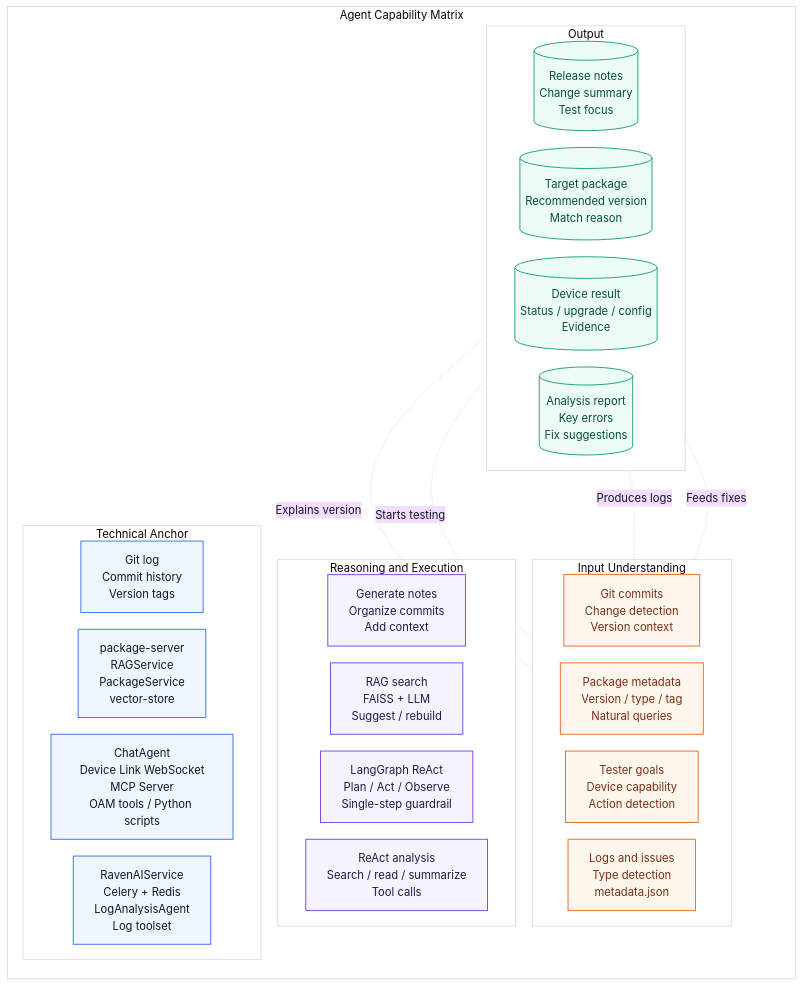
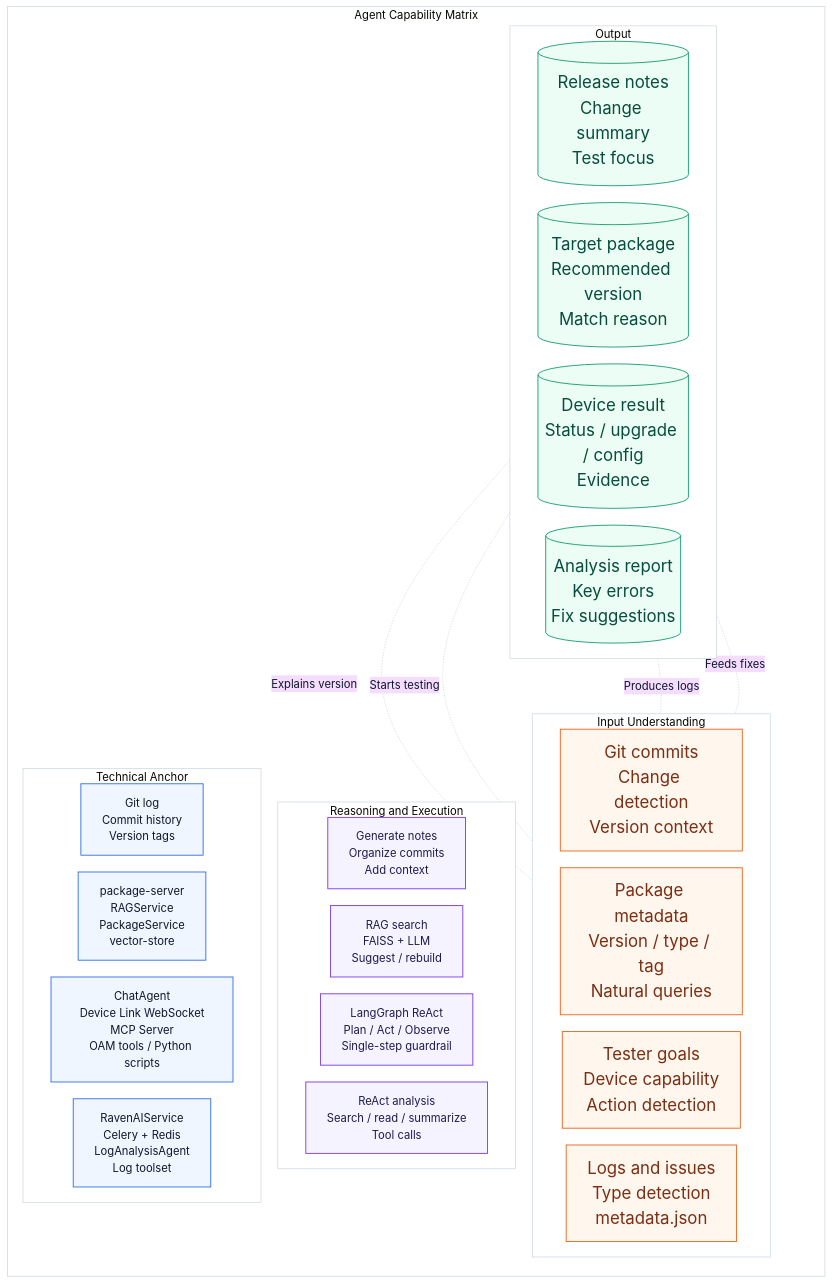
The fourth of 4 diagrams in README.md (visiontrail/RavenAI), drawn with Mermaid before and after one commit. The commit also changed 1 other file, not shown here.

Commit message:
chore: update font sizes in README files for improved readability

````diff
--- a/README.md
+++ b/README.md
@@ -148,61 +148,70 @@
 ```mermaid
 %% Suggested export canvas: 1200x900 or 1600x1200, 4:3
 %% Topic: RavenAI agent capabilities
 %%{init: {"theme": "base", "flowchart": {"htmlLabels": true, "nodeSpacing": 24, "rankSpacing": 30, "curve": "basis"}, "themeVariables": {"fontFamily": "Arial, Microsoft YaHei", "primaryTextColor": "#0F172A", "lineColor": "#CBD5E1", "clusterBkg": "#FFFFFF", "clusterBorder": "#CBD5E1"}}}%%
 
 flowchart TB
 
 subgraph M["Agent Capability Matrix"]
 direction TB
 
   subgraph R1["Input Understanding"]
   direction LR
     A1["Git commits<br/>Change detection<br/>Version context"]
     A2["Package metadata<br/>Version / type / tag<br/>Natural queries"]
     A3["Tester goals<br/>Device capability<br/>Action detection"]
     A4["Logs and issues<br/>Type detection<br/>metadata.json"]
   end
 
   subgraph R2["Reasoning and Execution"]
   direction LR
     B1["Generate notes<br/>Organize commits<br/>Add context"]
     B2["RAG search<br/>FAISS + LLM<br/>Suggest / rebuild"]
     B3["LangGraph ReAct<br/>Plan / Act / Observe<br/>Single-step guardrail"]
     B4["ReAct analysis<br/>Search / read / summarize<br/>Tool calls"]
   end
 
   subgraph R3["Technical Anchor"]
   direction LR
     C1["Git log<br/>Commit history<br/>Version tags"]
     C2["package-server<br/>RAGService<br/>PackageService<br/>vector-store"]
     C3["ChatAgent<br/>Device Link WebSocket<br/>MCP Server<br/>OAM tools / Python scripts"]
     C4["RavenAIService<br/>Celery + Redis<br/>LogAnalysisAgent<br/>Log toolset"]
   end
 
   subgraph R4["Output"]
   direction LR
     D1[("Release notes<br/>Change summary<br/>Test focus")]
     D2[("Target package<br/>Recommended version<br/>Match reason")]
     D3[("Device result<br/>Status / upgrade / config<br/>Evidence")]
     D4[("Analysis report<br/>Key errors<br/>Fix suggestions")]
   end
 
 end
 
 D1 -. "Explains version" .- A2
 D2 -. "Starts testing" .- A3
 D3 -. "Produces logs" .- A4
 D4 -. "Feeds fixes" .- A1
 
 classDef head fill:#312E81,stroke:#312E81,stroke-width:1.2px,color:#FFFFFF;
 classDef input fill:#FFF7ED,stroke:#EA580C,stroke-width:1.2px,color:#7C2D12;
 classDef agent fill:#F5F3FF,stroke:#7C3AED,stroke-width:1.3px,color:#1E1B4B;
 classDef tech fill:#EFF6FF,stroke:#2563EB,stroke-width:1.2px,color:#0F172A;
 classDef output fill:#ECFDF5,stroke:#059669,stroke-width:1.2px,color:#064E3B;
 
 class H1,H2,H3,H4 head;
 class A1,A2,A3,A4 input;
 class B1,B2,B3,B4 agent;
 class C1,C2,C3,C4 tech;
 class D1,D2,D3,D4 output;
+
+style A1 font-size:24px
+style A2 font-size:24px
+style A3 font-size:24px
+style A4 font-size:24px
+style D1 font-size:24px
+style D2 font-size:24px
+style D3 font-size:24px
+style D4 font-size:24px
 ```
````
